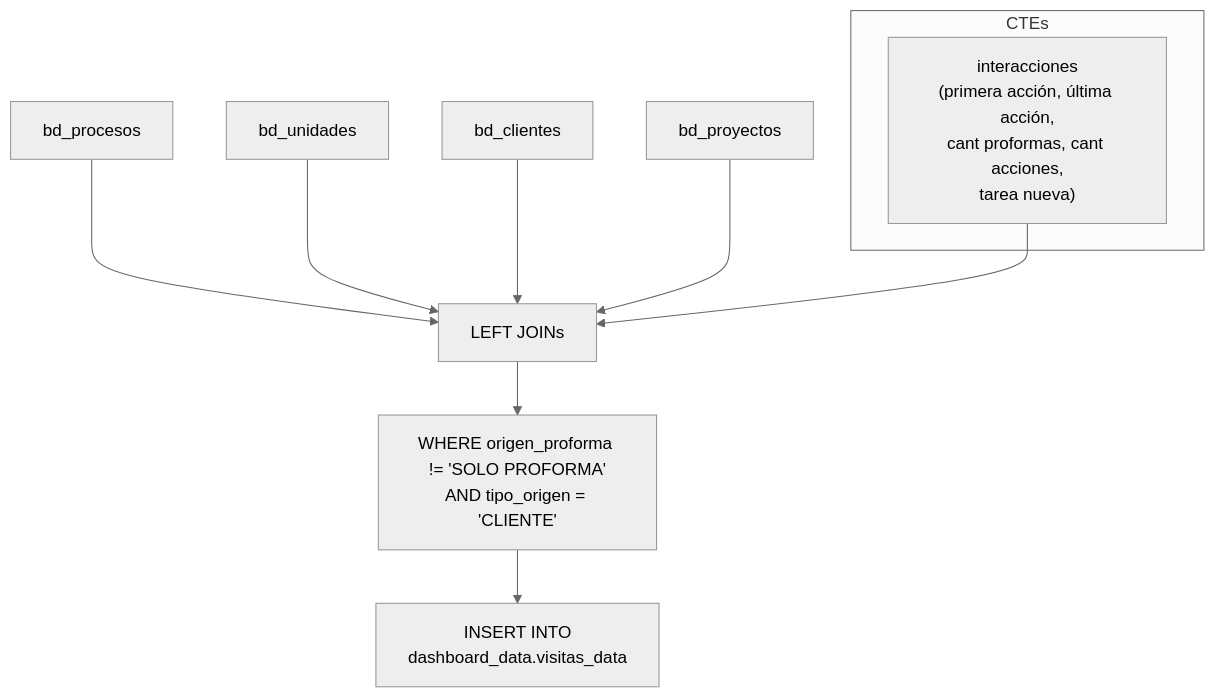
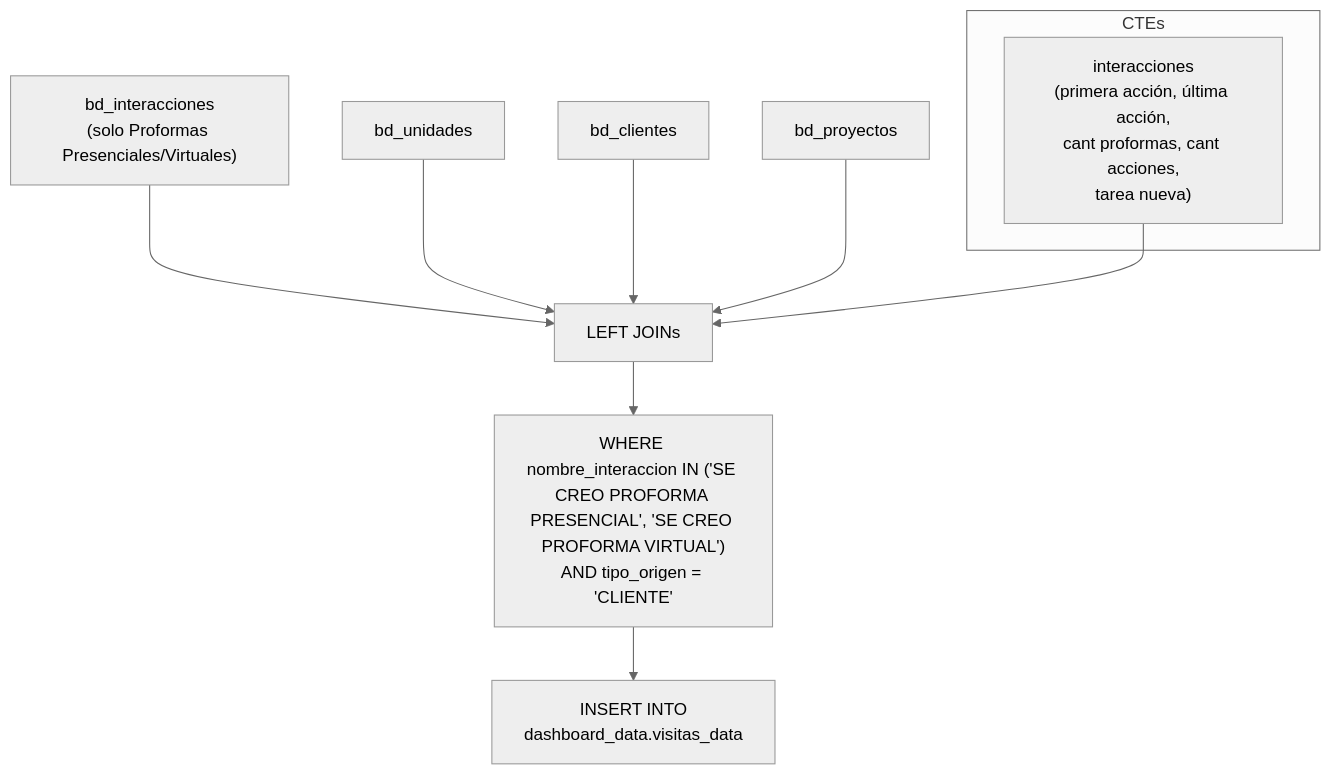
Before and after one commit to edwardvelo-performance/docs: the second of 2 diagrams in business_logic/05_dashboard_calc/visitas_data.md, drawn with Mermaid (neutral theme). The commit also changed other lines of this file and 15 other files, not shown here.

````diff
--- a/business_logic/05_dashboard_calc/visitas_data.md
+++ b/business_logic/05_dashboard_calc/visitas_data.md
@@ -23,15 +23,15 @@
 ```mermaid
 flowchart TD
     subgraph CTEs
         IT["interacciones<br/>(primera acción, última acción,<br/>cant proformas, cant acciones,<br/>tarea nueva)"]
     end
 
-    PRC["bd_procesos"] --> JOIN
+    PRC["bd_interacciones<br/>(solo Proformas Presenciales/Virtuales)"] --> JOIN
     UNI["bd_unidades"] --> JOIN
     CL["bd_clientes"] --> JOIN
     PRY["bd_proyectos"] --> JOIN
     IT --> JOIN
 
-    JOIN["LEFT JOINs"] --> FILTRO["WHERE origen_proforma != 'SOLO PROFORMA'<br/>AND tipo_origen = 'CLIENTE'"]
+    JOIN["LEFT JOINs"] --> FILTRO["WHERE nombre_interaccion IN ('SE CREO PROFORMA PRESENCIAL', 'SE CREO PROFORMA VIRTUAL')<br/>AND tipo_origen = 'CLIENTE'"]
     FILTRO --> INS["INSERT INTO<br/>dashboard_data.visitas_data"]
 ```
````
